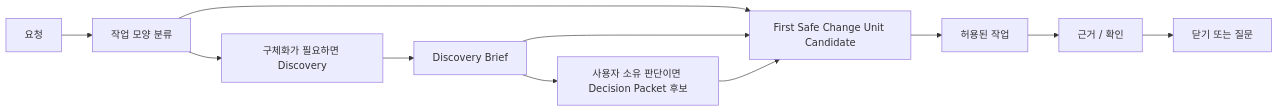
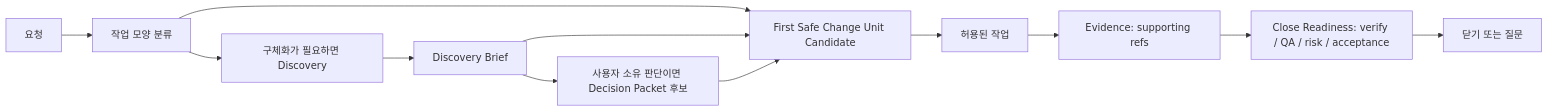
Before and after one commit to minjungw00/Harness_Project: the diagram in docs/ko/use/user-guide.md, drawn with Mermaid. The commit also changed other lines of this file and 9 other files, not shown here.

````diff
--- a/docs/ko/use/user-guide.md
+++ b/docs/ko/use/user-guide.md
@@ -313,13 +337,14 @@
 ```mermaid
 flowchart LR
   Request["요청"] --> Classify["작업 모양 분류"]
   Classify --> Discovery["구체화가 필요하면 Discovery"]
   Classify --> Scope["범위"]
   Discovery --> Brief["Discovery Brief"]
   Brief --> Decisions["사용자 소유 판단이면 Decision Packet 후보"]
   Brief --> Scope["First Safe Change Unit Candidate"]
   Decisions --> Scope
   Scope --> Work["허용된 작업"]
-  Work --> Checks["근거 / 확인"]
-  Checks --> Close["닫기 또는 질문"]
+  Work --> Evidence["Evidence: supporting refs"]
+  Evidence --> Readiness["Close Readiness: verify / QA / risk / acceptance"]
+  Readiness --> Close["닫기 또는 질문"]
 ```
````
